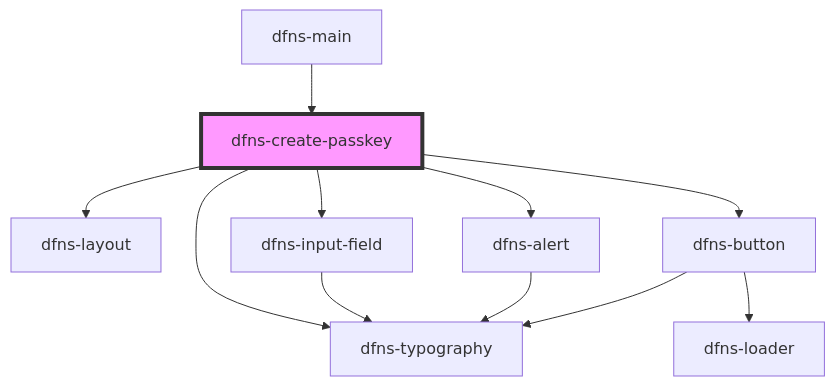
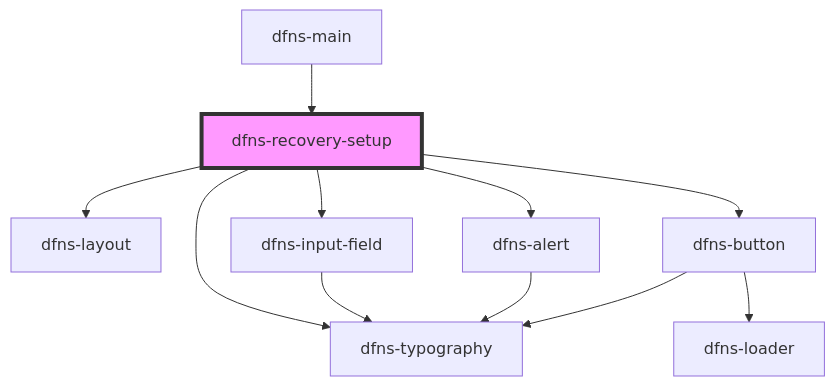
The diagram in src/components/Pages/dfns-recovery-setup/readme.md (dfnsext/web-ui), drawn with Mermaid before and after one commit. The commit also changed 22 other files, not shown here.

````diff
--- a/src/components/Pages/dfns-recovery-setup/readme.md
+++ b/src/components/Pages/dfns-recovery-setup/readme.md
@@ -37,14 +37,14 @@
 ```mermaid
 graph TD;
-  dfns-create-passkey --> dfns-layout
-  dfns-create-passkey --> dfns-typography
-  dfns-create-passkey --> dfns-input-field
-  dfns-create-passkey --> dfns-alert
-  dfns-create-passkey --> dfns-button
+  dfns-recovery-setup --> dfns-layout
+  dfns-recovery-setup --> dfns-typography
+  dfns-recovery-setup --> dfns-input-field
+  dfns-recovery-setup --> dfns-alert
+  dfns-recovery-setup --> dfns-button
   dfns-input-field --> dfns-typography
   dfns-alert --> dfns-typography
   dfns-button --> dfns-typography
   dfns-button --> dfns-loader
-  dfns-main --> dfns-create-passkey
-  style dfns-create-passkey fill:#f9f,stroke:#333,stroke-width:4px
+  dfns-main --> dfns-recovery-setup
+  style dfns-recovery-setup fill:#f9f,stroke:#333,stroke-width:4px
 ```
````
